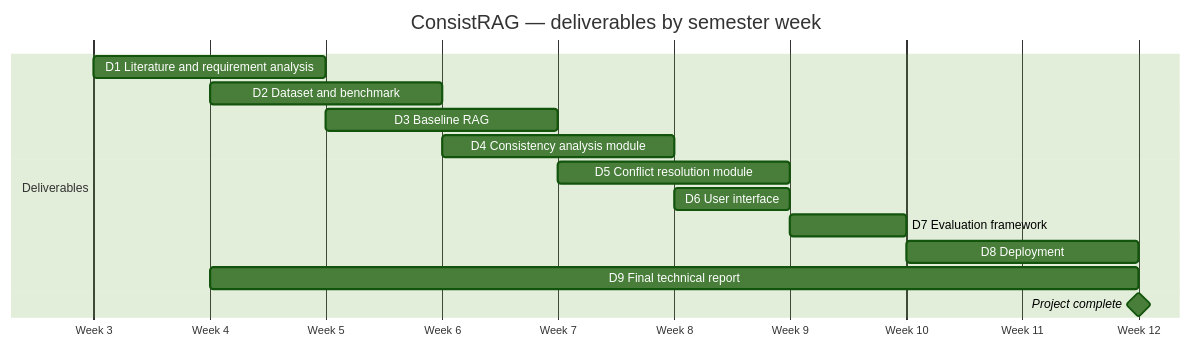
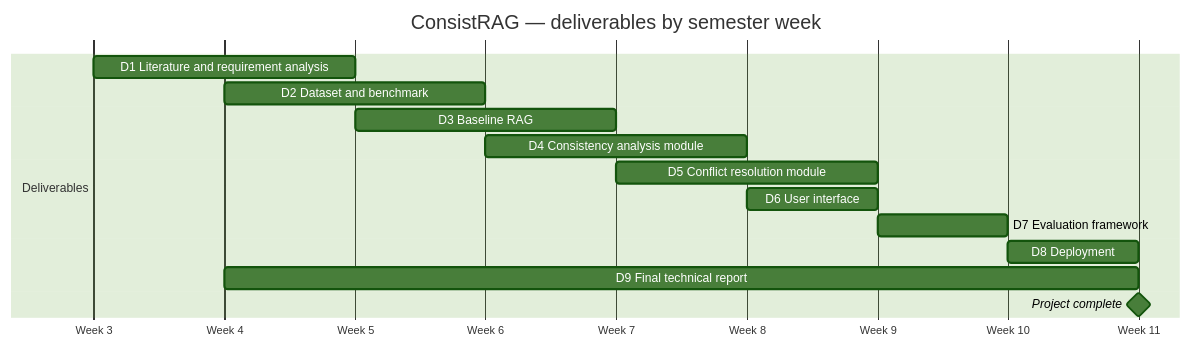
Before and after one commit to GDaycer/ConsistRAG: the diagram in docs/gantt.md, drawn with Mermaid (forest theme). The commit also changed other lines of this file and 1 other file, not shown here.

Commit message:
Gantt chart: D8 in week 10, D9 weeks 4-10, completion in week 11
Claude-Session: https://claude.ai/code/session_01FHxSgmcjkLqEFFrcDcbkh9

````diff
--- a/docs/gantt.md
+++ b/docs/gantt.md
@@ -7,21 +7,21 @@
 ```mermaid
 gantt
     title ConsistRAG — deliverables by semester week
     dateFormat YYYY-MM-DD
     axisFormat Week %-W
     tickInterval 1week
     weekday monday
     todayMarker off
 
     section Deliverables
     D1 Literature and requirement analysis   :d1, 2024-01-15, 14d
     D2 Dataset and benchmark                 :d2, 2024-01-22, 14d
     D3 Baseline RAG                          :d3, 2024-01-29, 14d
     D4 Consistency analysis module           :d4, 2024-02-05, 14d
     D5 Conflict resolution module            :d5, 2024-02-12, 14d
     D6 User interface                        :d6, 2024-02-19, 7d
     D7 Evaluation framework                  :d7, 2024-02-26, 7d
-    D8 Deployment                            :d8, 2024-03-04, 14d
-    D9 Final technical report                :d9, 2024-01-22, 56d
-    Project complete                         :milestone, fin, 2024-03-18, 0d
+    D8 Deployment                            :d8, 2024-03-04, 7d
+    D9 Final technical report                :d9, 2024-01-22, 49d
+    Project complete                         :milestone, fin, 2024-03-11, 0d
 ```
````
